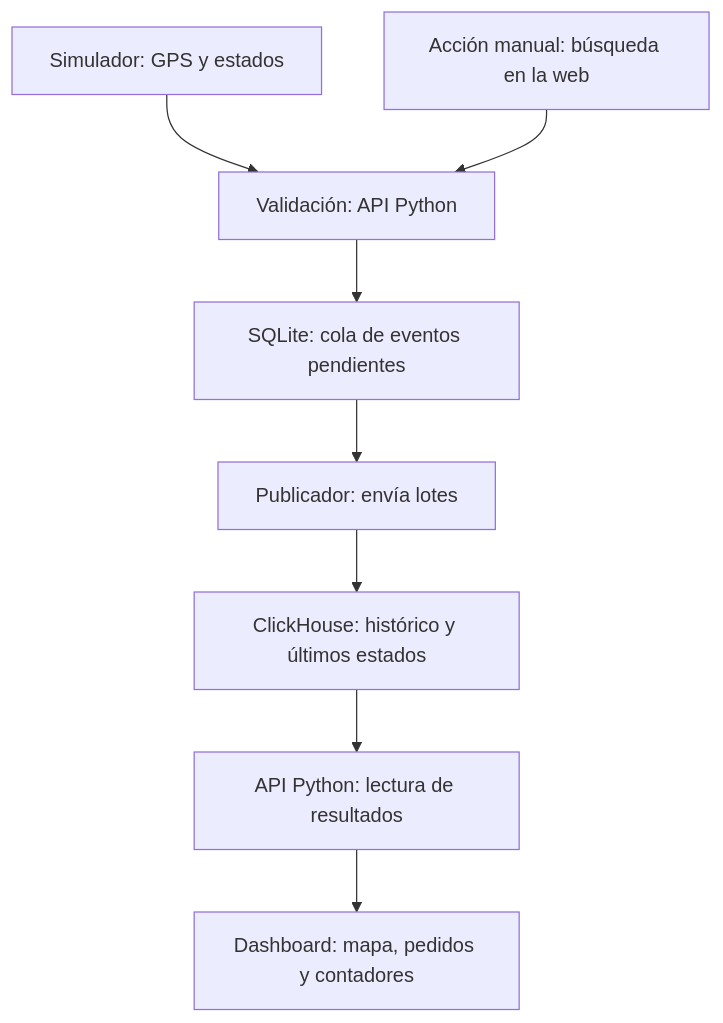
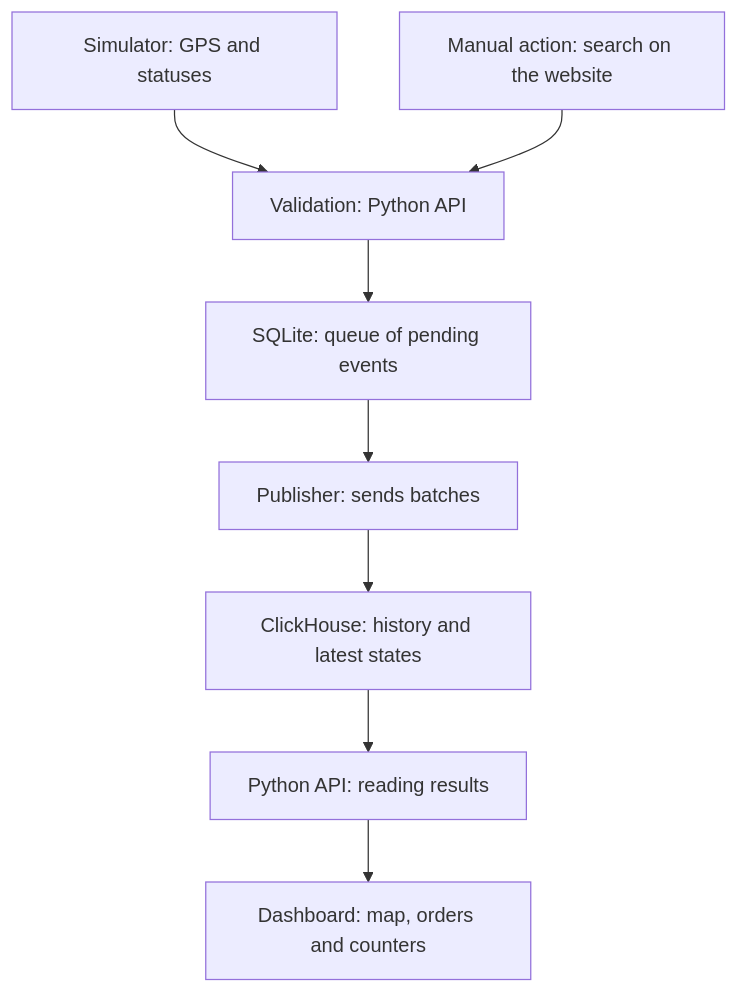
Before and after one commit to AnuarH16/analitica-reparto-clickhouse: the first of 2 diagrams in docs/GUIA-VISUAL-EQUIPO.md, drawn with Mermaid. The commit also changed other lines of this file and 30 other files, not shown here.

````diff
--- a/docs/GUIA-VISUAL-EQUIPO.md
+++ b/docs/GUIA-VISUAL-EQUIPO.md
@@ -20,10 +20,10 @@
 ```mermaid
 flowchart TD
-  S[Simulador: GPS y estados] --> V[Validación: API Python]
-  M[Acción manual: búsqueda en la web] --> V
-  V --> Q[SQLite: cola de eventos pendientes]
-  Q --> P[Publicador: envía lotes]
-  P --> C[ClickHouse: histórico y últimos estados]
-  C --> R[API Python: lectura de resultados]
-  R --> D[Dashboard: mapa, pedidos y contadores]
+  S[Simulator: GPS and statuses] --> V[Validation: Python API]
+  M[Manual action: search on the website] --> V
+  V --> Q[SQLite: queue of pending events]
+  Q --> P[Publisher: sends batches]
+  P --> C[ClickHouse: history and latest states]
+  C --> R[Python API: reading results]
+  R --> D[Dashboard: map, orders and counters]
 ```
````
